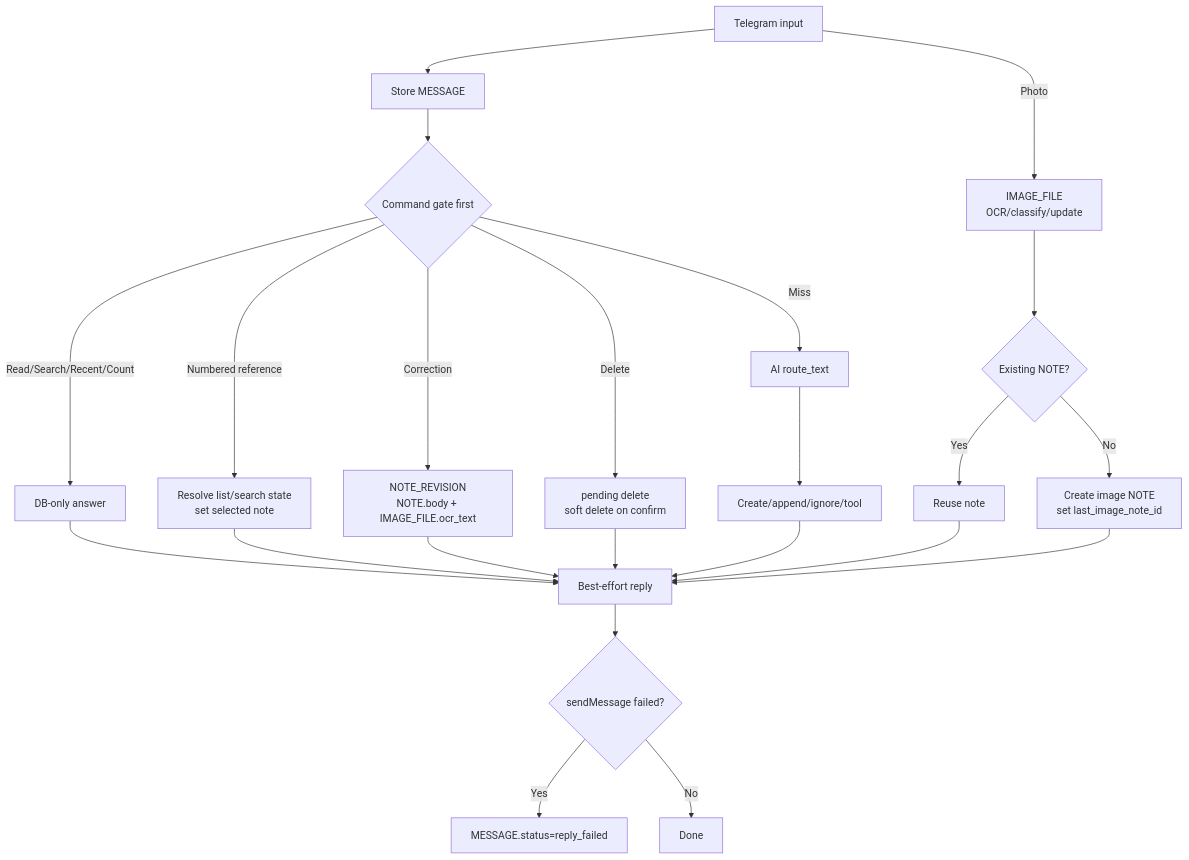
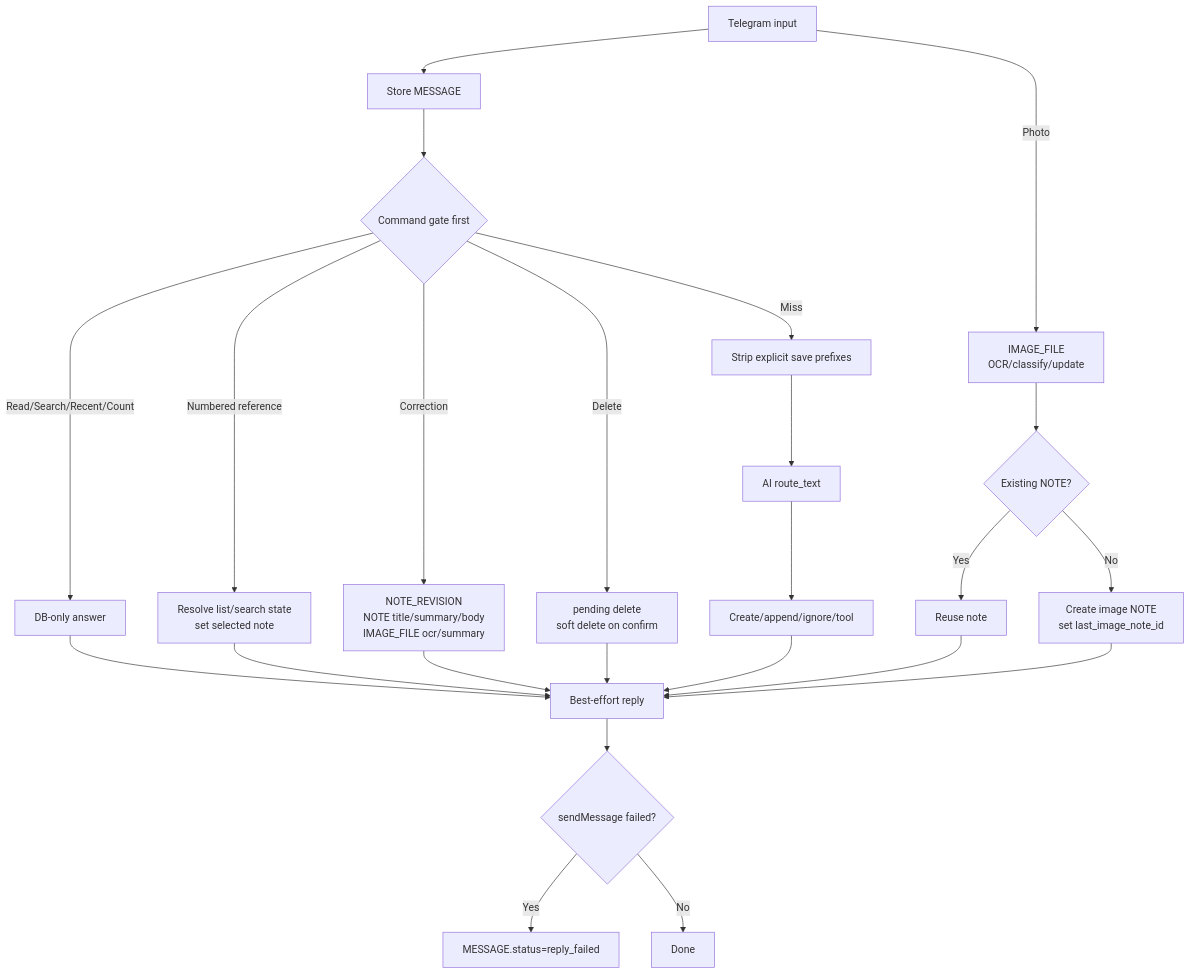
One commit to Transient-Onlooker/tg-note-agent changed the fourth of 4 diagrams in docs/ARCHITECTURE.md. Above: the diagram before and after it, drawn with Mermaid. The commit also changed other lines of this file and 17 other files, not shown here.

Commit message:
Fix explicit note save handling

````diff
--- a/docs/ARCHITECTURE.md
+++ b/docs/ARCHITECTURE.md
@@ -160,25 +164,26 @@
 ```mermaid
 flowchart TD
     In["Telegram input"] --> Store["Store MESSAGE"]
     Store --> Gate{"Command gate first"}
     Gate -->|Read/Search/Recent/Count| Read["DB-only answer"]
     Gate -->|Numbered reference| Select["Resolve list/search state<br/>set selected note"]
-    Gate -->|Correction| Correct["NOTE_REVISION<br/>NOTE.body + IMAGE_FILE.ocr_text"]
+    Gate -->|Correction| Correct["NOTE_REVISION<br/>NOTE title/summary/body<br/>IMAGE_FILE ocr/summary"]
     Gate -->|Delete| Delete["pending delete<br/>soft delete on confirm"]
-    Gate -->|Miss| AI["AI route_text"]
+    Gate -->|Miss| Prep["Strip explicit save prefixes"]
+    Prep --> AI["AI route_text"]
     AI --> Save["Create/append/ignore/tool"]
     In -->|Photo| OCR["IMAGE_FILE<br/>OCR/classify/update"]
     OCR --> Duplicate{"Existing NOTE?"}
     Duplicate -->|Yes| Reuse["Reuse note"]
     Duplicate -->|No| NewImageNote["Create image NOTE<br/>set last_image_note_id"]
     Read --> Reply["Best-effort reply"]
     Select --> Reply
     Correct --> Reply
     Delete --> Reply
     Save --> Reply
     Reuse --> Reply
     NewImageNote --> Reply
     Reply --> Fail{"sendMessage failed?"}
     Fail -->|Yes| ReplyFailed["MESSAGE.status=reply_failed"]
     Fail -->|No| Done["Done"]
 ```
````
